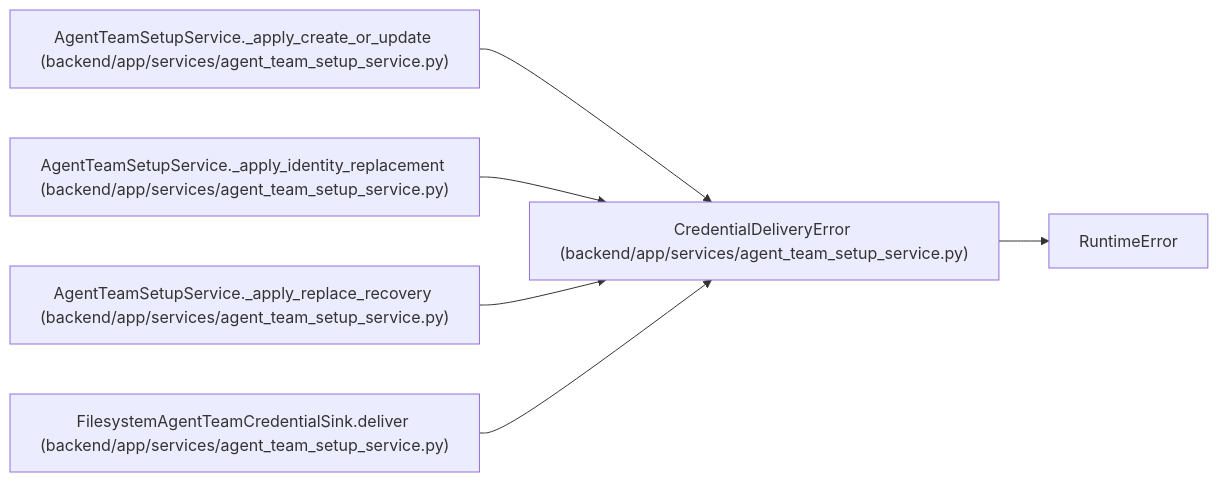
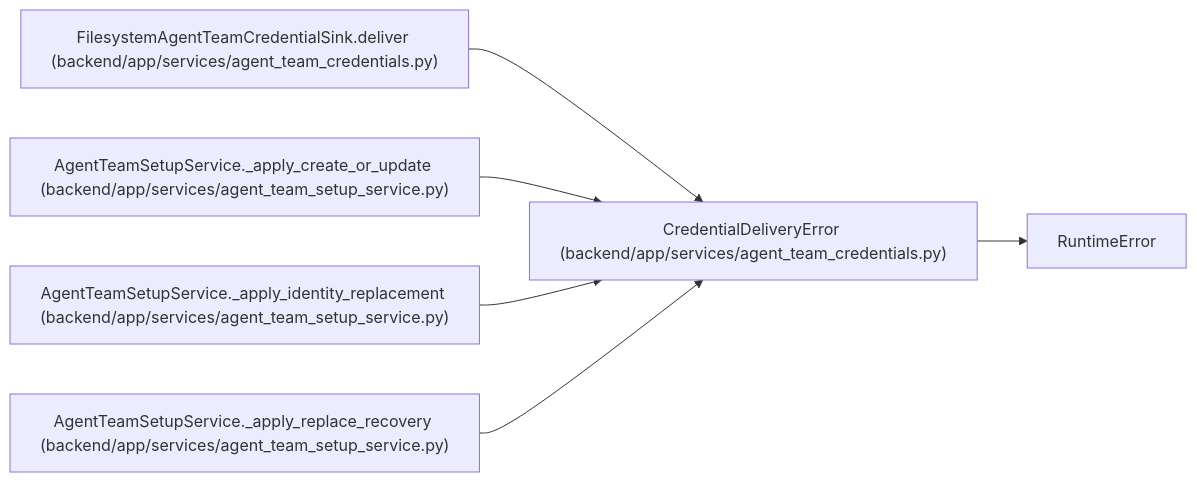
The diagram in docs/llm_wiki/entities/CredentialDeliveryError.md (Denissvgn/WorkChord), drawn with Mermaid before and after one commit. The commit also changed other lines of this file and 2509 other files, not shown here.

````diff
--- a/docs/llm_wiki/entities/CredentialDeliveryError.md
+++ b/docs/llm_wiki/entities/CredentialDeliveryError.md
@@ -23,19 +23,19 @@
 ```mermaid
 flowchart LR
-    n0["CredentialDeliveryError (backend/app/services/agent_team_setup_service.py)"]
+    n0["CredentialDeliveryError (backend/app/services/agent_team_credentials.py)"]
     n1["RuntimeError"]
-    n2["AgentTeamSetupService._apply_create_or_update (backend/app/services/agent_team_setup_service.py)"]
-    n3["AgentTeamSetupService._apply_identity_replacement (backend/app/services/agent_team_setup_service.py)"]
-    n4["AgentTeamSetupService._apply_replace_recovery (backend/app/services/agent_team_setup_service.py)"]
-    n5["FilesystemAgentTeamCredentialSink.deliver (backend/app/services/agent_team_setup_service.py)"]
+    n2["FilesystemAgentTeamCredentialSink.deliver (backend/app/services/agent_team_credentials.py)"]
+    n3["AgentTeamSetupService._apply_create_or_update (backend/app/services/agent_team_setup_service.py)"]
+    n4["AgentTeamSetupService._apply_identity_replacement (backend/app/services/agent_team_setup_service.py)"]
+    n5["AgentTeamSetupService._apply_replace_recovery (backend/app/services/agent_team_setup_service.py)"]
     n0 --> n1
     n2 --> n0
     n3 --> n0
     n4 --> n0
     n5 --> n0
-    click n0 "../modules/agent_team_setup_service.md"
-    click n2 "../modules/agent_team_setup_service.md"
+    click n0 "../modules/agent_team_credentials.md"
+    click n2 "../modules/agent_team_credentials.md"
     click n3 "../modules/agent_team_setup_service.md"
     click n4 "../modules/agent_team_setup_service.md"
     click n5 "../modules/agent_team_setup_service.md"
 ```
````
